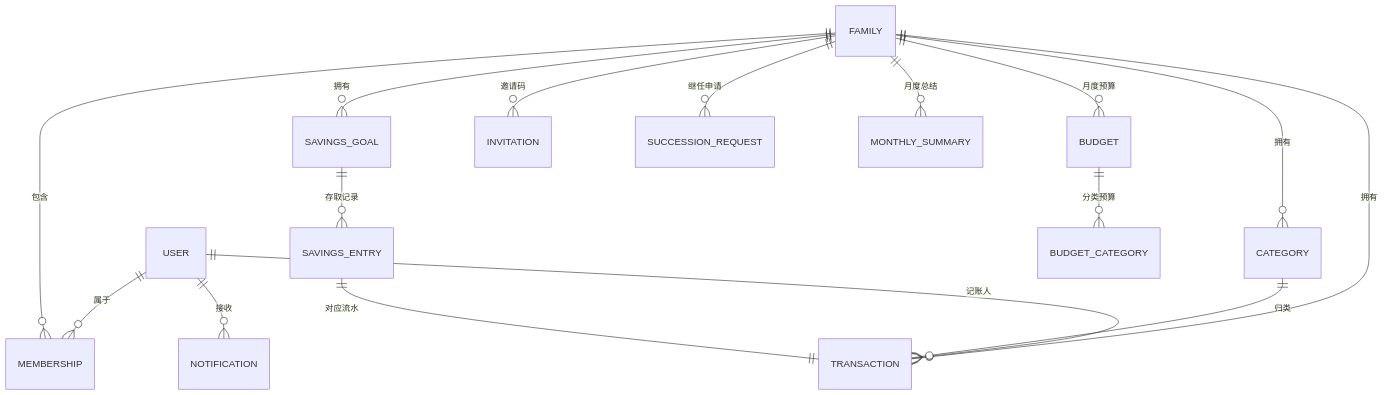
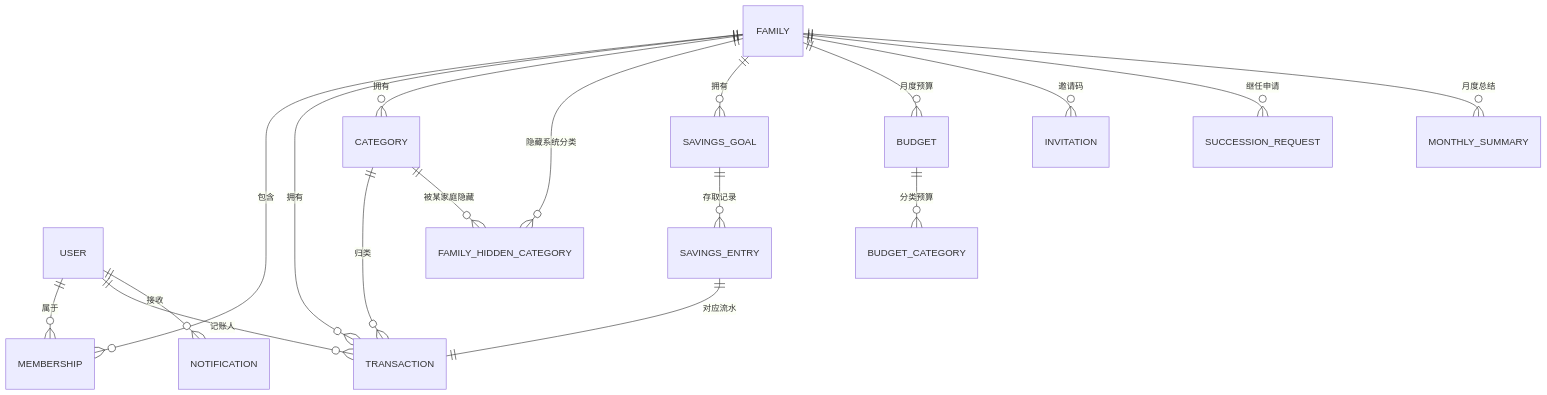
Before and after one commit to raochen0000/HomeBook: the diagram in docs/DATAMODEL.md, drawn with Mermaid. The commit also changed other lines of this file and 2 other files, not shown here.

````diff
--- a/docs/DATAMODEL.md
+++ b/docs/DATAMODEL.md
@@ -38,18 +38,20 @@
 ```mermaid
 erDiagram
     USER ||--o{ MEMBERSHIP : "属于"
     FAMILY ||--o{ MEMBERSHIP : "包含"
     FAMILY ||--o{ TRANSACTION : "拥有"
     USER ||--o{ TRANSACTION : "记账人"
     FAMILY ||--o{ CATEGORY : "拥有"
     CATEGORY ||--o{ TRANSACTION : "归类"
+    FAMILY ||--o{ FAMILY_HIDDEN_CATEGORY : "隐藏系统分类"
+    CATEGORY ||--o{ FAMILY_HIDDEN_CATEGORY : "被某家庭隐藏"
     FAMILY ||--o{ SAVINGS_GOAL : "拥有"
     SAVINGS_GOAL ||--o{ SAVINGS_ENTRY : "存取记录"
     SAVINGS_ENTRY ||--|| TRANSACTION : "对应流水"
     FAMILY ||--o{ BUDGET : "月度预算"
     BUDGET ||--o{ BUDGET_CATEGORY : "分类预算"
     FAMILY ||--o{ INVITATION : "邀请码"
     FAMILY ||--o{ SUCCESSION_REQUEST : "继任申请"
     USER ||--o{ NOTIFICATION : "接收"
     FAMILY ||--o{ MONTHLY_SUMMARY : "月度总结"
 ```
````
